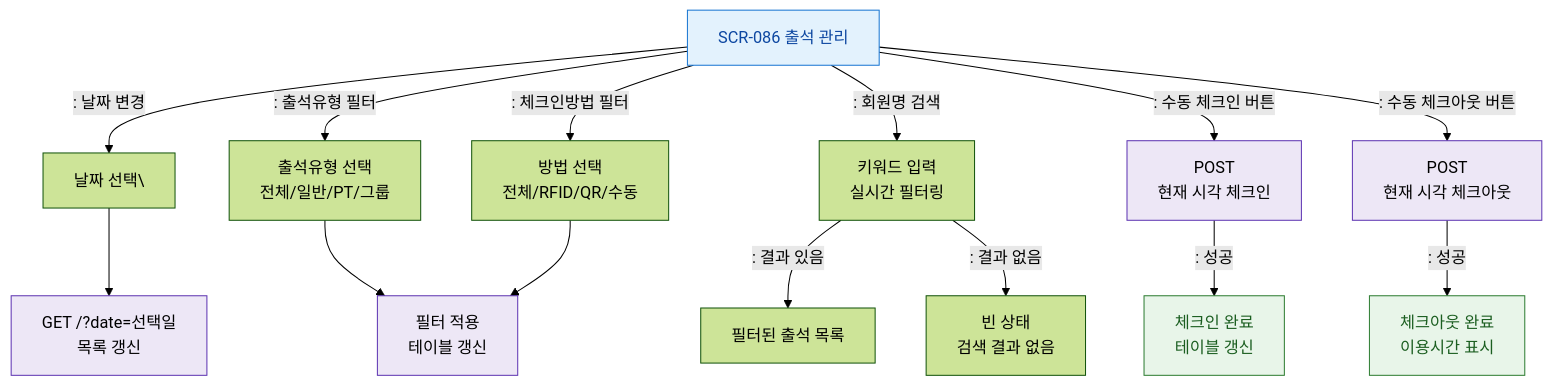
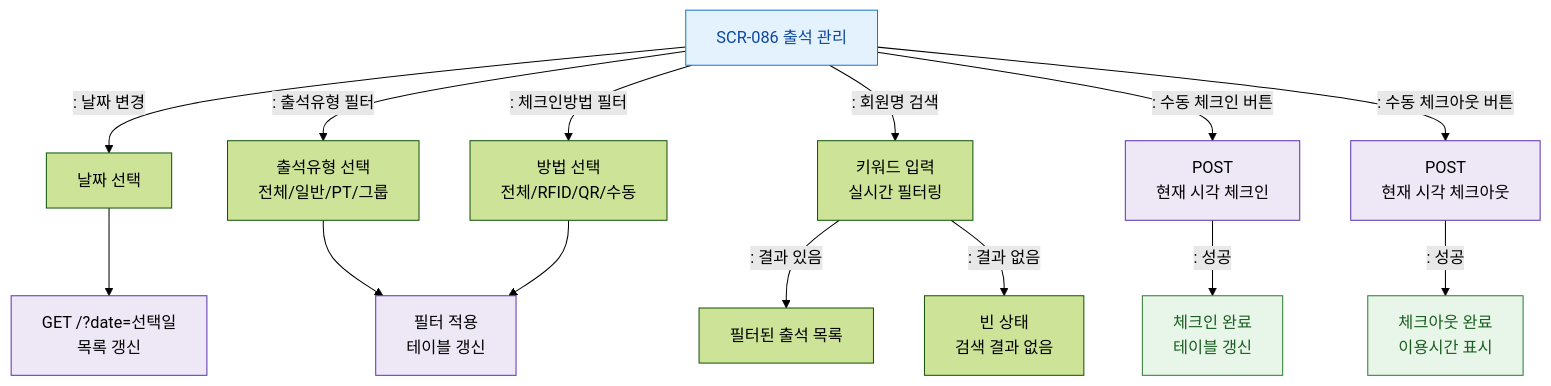
The diagram in docs/admin/다이어그램/D09_설정관리/SCR-086_출석관리_회원/F2_메인인터랙션.md (dev-spogym/admin-pando), drawn with Mermaid (forest theme) before and after one commit. The commit also changed 369 other files, not shown here.

````diff
--- a/docs/admin/다이어그램/D09_설정관리/SCR-086_출석관리_회원/F2_메인인터랙션.md
+++ b/docs/admin/다이어그램/D09_설정관리/SCR-086_출석관리_회원/F2_메인인터랙션.md
@@ -12,29 +12,29 @@
 ```mermaid
 flowchart TD
     SCR086[SCR-086 출석 관리]
 
-    SCR086 -->|": 날짜 변경"|DateChange[날짜 선택\]
+    SCR086 -->|": 날짜 변경"|DateChange[날짜 선택]
     DateChange --> Reload[GET /?date=선택일\n목록 갱신]
 
     SCR086 -->|": 출석유형 필터"|TypeFilter[출석유형 선택\n전체/일반/PT/그룹]
     SCR086 -->|": 체크인방법 필터"|MethodFilter[방법 선택\n전체/RFID/QR/수동]
 
     TypeFilter & MethodFilter --> FilterApply[필터 적용\n테이블 갱신]
 
     SCR086 -->|": 회원명 검색"|SearchInput[키워드 입력\n실시간 필터링]
     SearchInput -->|": 결과 있음"|ResultList[필터된 출석 목록]
     SearchInput -->|": 결과 없음"|EmptySearch[빈 상태\n검색 결과 없음]
 
     SCR086 -->|": 수동 체크인 버튼"|ManualCheckin[POST \n현재 시각 체크인]
     ManualCheckin -->|": 성공"|CheckinOK[체크인 완료\n테이블 갱신]
 
     SCR086 -->|": 수동 체크아웃 버튼"|ManualCheckout[POST \n현재 시각 체크아웃]
     ManualCheckout -->|": 성공"|CheckoutOK[체크아웃 완료\n이용시간 표시]
 
     classDef screen fill:#E3F2FD,stroke:#1976D2,color:#0D47A1
     classDef success fill:#E8F5E9,stroke:#2E7D32,color:#1B5E20
     classDef system fill:#EDE7F6,stroke:#5E35B2
     class SCR086 screen
     class CheckinOK,CheckoutOK success
     class Reload,FilterApply,ManualCheckin,ManualCheckout system
 ```
````
